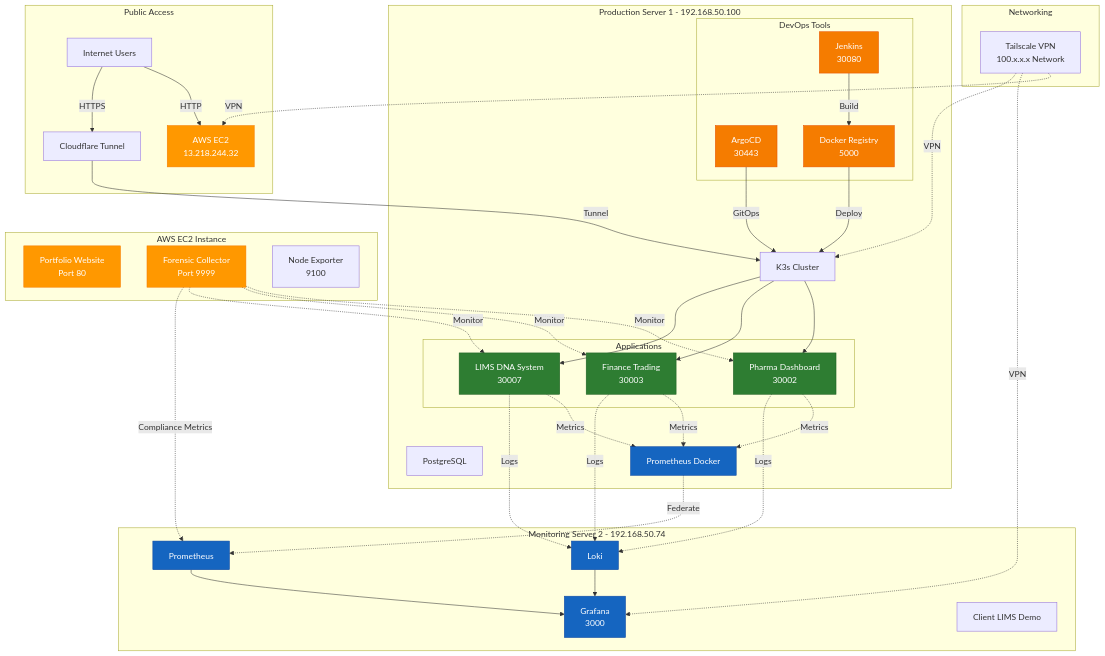
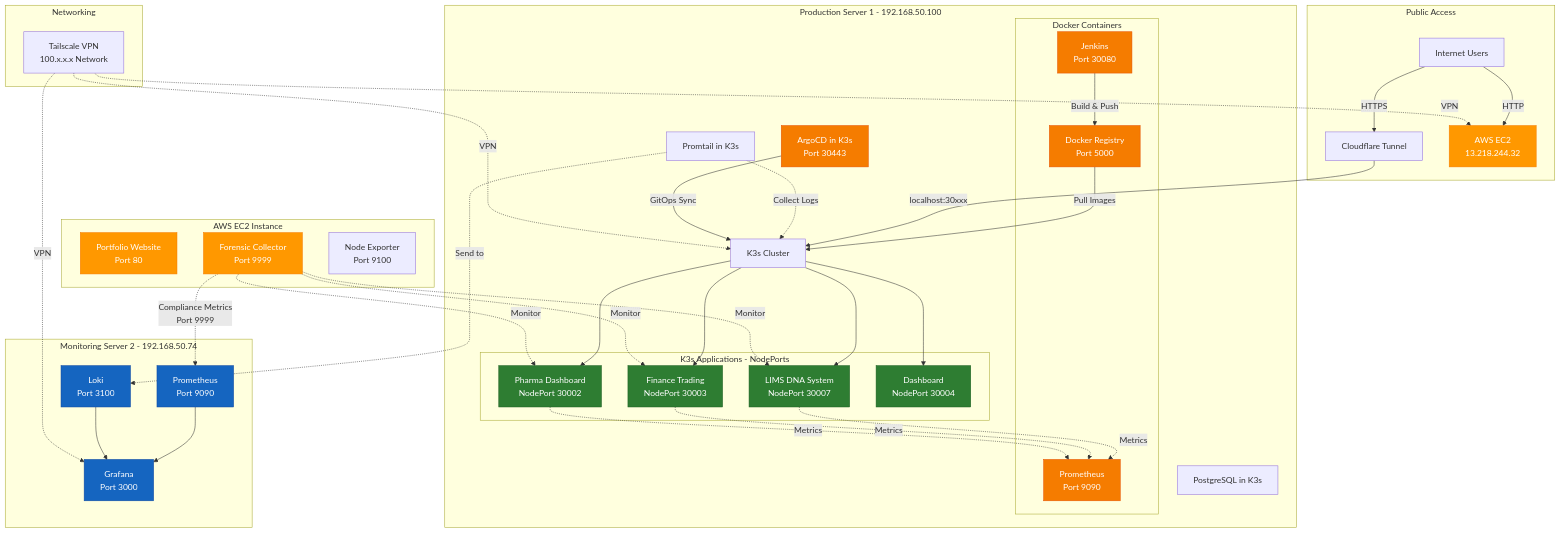
The first of 3 diagrams in README.md (GABRIELS562/Architecture-), drawn with Mermaid before and after one commit. The commit also changed other lines of this file, not shown here.

````diff
--- a/README.md
+++ b/README.md
@@ -24,31 +20,32 @@
 
     subgraph "Production Server 1 - 192.168.50.100"
         K3S[K3s Cluster]
-        subgraph "Applications"
-            LIMS[LIMS DNA System<br/>30007]
-            FIN[Finance Trading<br/>30003]
-            PHARMA[Pharma Dashboard<br/>30002]
+        subgraph "K3s Applications - NodePorts"
+            LIMS[LIMS DNA System<br/>NodePort 30007]
+            FIN[Finance Trading<br/>NodePort 30003]
+            PHARMA[Pharma Dashboard<br/>NodePort 30002]
+            DASH[Dashboard<br/>NodePort 30004]
         end
-        subgraph "DevOps Tools"
-            JENKINS[Jenkins<br/>30080]
-            ARGO[ArgoCD<br/>30443]
-            REG[Docker Registry<br/>5000]
+        subgraph "Docker Containers"
+            JENKINS[Jenkins<br/>Port 30080]
+            PROM_DOCKER[Prometheus<br/>Port 9090]
+            REG[Docker Registry<br/>Port 5000]
         end
-        PG1[PostgreSQL]
-        PROM1[Prometheus Docker]
+        ARGO[ArgoCD in K3s<br/>Port 30443]
+        PG1[PostgreSQL in K3s]
+        PROMTAIL[Promtail in K3s]
     end
 
     subgraph "Monitoring Server 2 - 192.168.50.74"
-        GRAF[Grafana<br/>3000]
-        LOKI[Loki]
-        PROM2[Prometheus]
-        CLIENT[Client LIMS Demo]
+        GRAF[Grafana<br/>Port 3000]
+        LOKI[Loki<br/>Port 3100]
+        PROM2[Prometheus<br/>Port 9090]
     end
 
     subgraph "AWS EC2 Instance"
         WEB[Portfolio Website<br/>Port 80]
         FORENSIC[Forensic Collector<br/>Port 9999]
-        NODE[Node Exporter<br/>9100]
+        NODE[Node Exporter<br/>Port 9100]
     end
 
     subgraph "Networking"
@@ -56,30 +53,29 @@
     end
 
     Internet -->|HTTPS| CF
-    CF -->|Tunnel| K3S
+    CF -->|localhost:30xxx| K3S
     Internet -->|HTTP| AWS
     
     K3S --> LIMS
     K3S --> FIN
     K3S --> PHARMA
+    K3S --> DASH
     
-    LIMS -.->|Logs| LOKI
-    FIN -.->|Logs| LOKI
-    PHARMA -.->|Logs| LOKI
+    PROMTAIL -.->|Collect Logs| K3S
+    PROMTAIL -.->|Send to| LOKI
     
-    LIMS -.->|Metrics| PROM1
-    FIN -.->|Metrics| PROM1
-    PHARMA -.->|Metrics| PROM1
+    LIMS -.->|Metrics| PROM_DOCKER
+    FIN -.->|Metrics| PROM_DOCKER
+    PHARMA -.->|Metrics| PROM_DOCKER
     
-    PROM1 -.->|Federate| PROM2
-    FORENSIC -.->|Compliance Metrics| PROM2
+    FORENSIC -.->|Compliance Metrics<br/>Port 9999| PROM2
     
     PROM2 --> GRAF
     LOKI --> GRAF
     
-    JENKINS -->|Build| REG
-    REG -->|Deploy| K3S
-    ARGO -->|GitOps| K3S
+    JENKINS -->|Build & Push| REG
+    REG -->|Pull Images| K3S
+    ARGO -->|GitOps Sync| K3S
     
     FORENSIC -.->|Monitor| LIMS
     FORENSIC -.->|Monitor| FIN
@@ -94,8 +90,8 @@
     classDef devops fill:#F57C00,stroke:#E65100,color:#fff
     classDef aws fill:#FF9800,stroke:#F57C00,color:#fff
     
-    class LIMS,FIN,PHARMA production
-    class GRAF,LOKI,PROM2,PROM1 monitoring
-    class JENKINS,ARGO,REG devops
+    class LIMS,FIN,PHARMA,DASH production
+    class GRAF,LOKI,PROM2 monitoring
+    class JENKINS,ARGO,REG,PROM_DOCKER devops
     class AWS,WEB,FORENSIC aws
 ```
````
